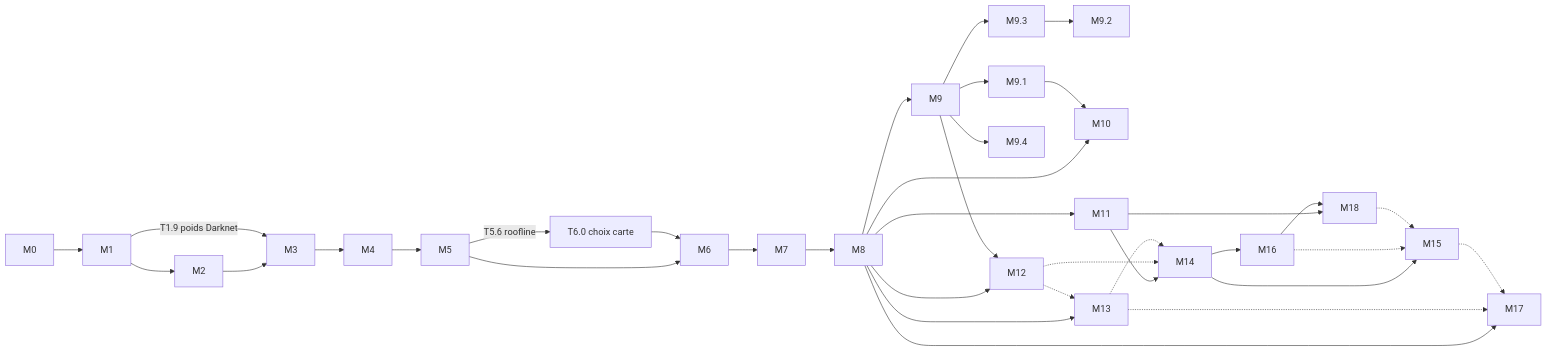
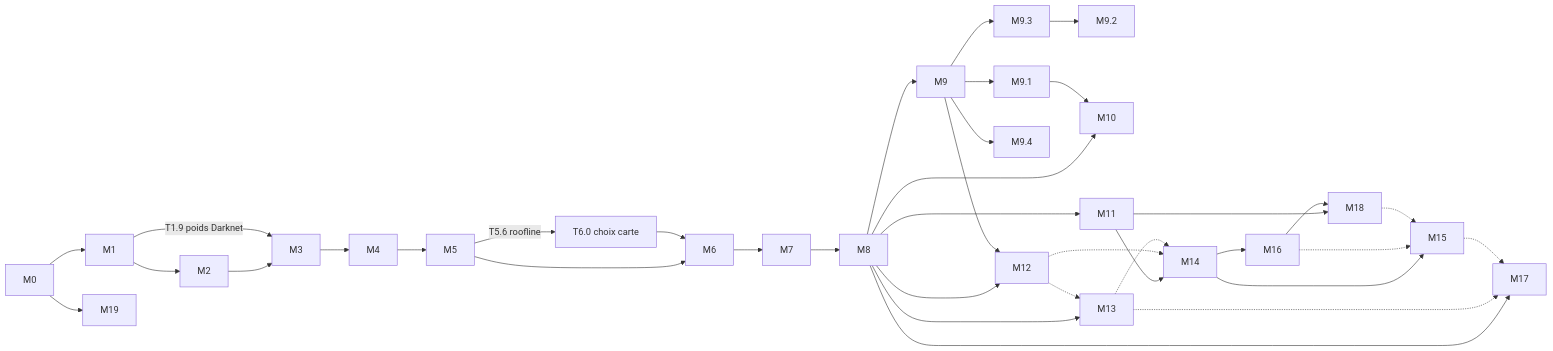
Before and after one commit to lrivals/EmbeddedComputervision: the diagram in docs/tasks/README.md, drawn with Mermaid. The commit also changed other lines of this file and 1 other file, not shown here.

````diff
--- a/docs/tasks/README.md
+++ b/docs/tasks/README.md
@@ -39,29 +40,30 @@
 ```mermaid
 graph LR
   M0 --> M1 --> M2 --> M3
   M1 -- "T1.9 poids Darknet" --> M3
   M3 --> M4 --> M5 --> M6 --> M7 --> M8
   M5 -- "T5.6 roofline" --> T60["T6.0 choix carte"] --> M6
   M8 --> M9
   M9 --> M91[M9.1] & M93[M9.3] & M94[M9.4]
   M93 --> M92[M9.2]
   M8 --> M10[M10]
   M91 --> M10
   M8 --> M11[M11]
   M8 --> M12[M12]
   M9 --> M12
   M8 --> M13[M13]
   M12 -.-> M13
   M11 --> M14[M14]
   M12 -.-> M14
   M13 -.-> M14
   M14 --> M15[M15]
   M14 --> M16[M16]
   M16 -.-> M15
   M8 --> M17[M17]
   M13 -.-> M17
   M15 -.-> M17
   M11 --> M18[M18]
   M16 --> M18
   M18 -.-> M15
+  M0 --> M19[M19]
 ```
````
